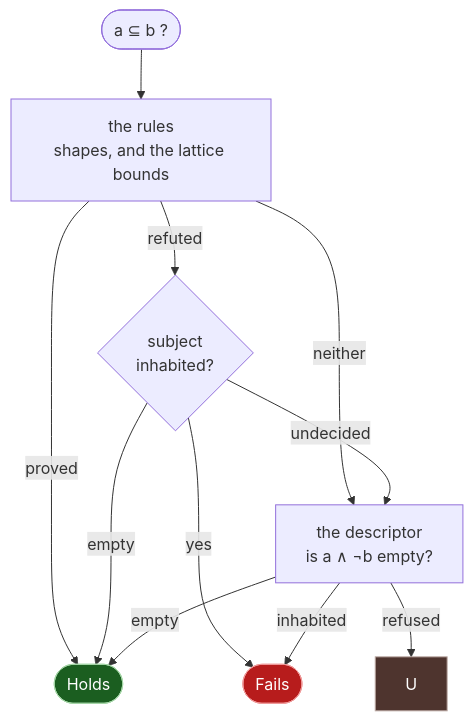
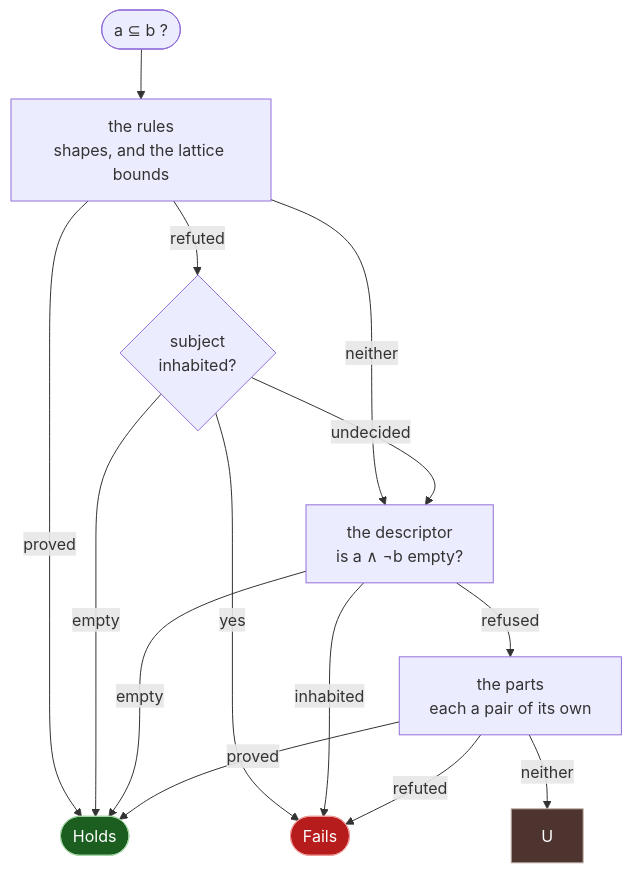
Before and after one commit to ppigazzini/valgebra: the diagram in docs/dev/02-decision.md, drawn with Mermaid. The commit also changed other lines of this file and 8 other files, not shown here.

````diff
--- a/docs/dev/02-decision.md
+++ b/docs/dev/02-decision.md
@@ -49,20 +49,23 @@
 ```mermaid
 flowchart TD
     Q(["a ⊆ b ?"]) --> RULES["the rules<br/>shapes, and the lattice bounds"]
     RULES -->|refuted| W{"subject<br/>inhabited?"}
     RULES -->|neither| DESC["the descriptor<br/>is a ∧ ¬b empty?"]
     RULES -->|proved| H([Holds])
     W -->|empty| H
     W -->|yes| F([Fails])
     W -->|undecided| DESC
     DESC -->|empty| H
     DESC -->|inhabited| F
-    DESC -->|refused| U
+    DESC -->|refused| P["the parts<br/>each a pair of its own"]
+    P -->|proved| H
+    P -->|refuted| F
+    P -->|neither| U
 
     classDef proof fill:#1b5e20,stroke:#a5d6a7,color:#ffffff
     classDef refute fill:#b71c1c,stroke:#ef9a9a,color:#ffffff
     classDef decline fill:#4e342e,stroke:#bcaaa4,color:#ffffff
     class H proof
     class F refute
     class U decline
 ```
````
